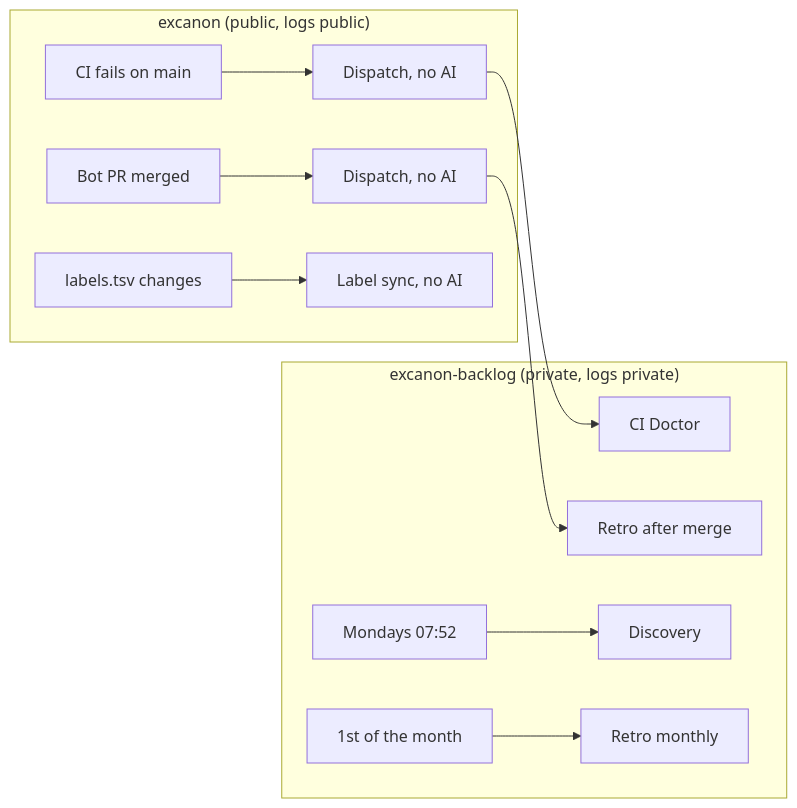
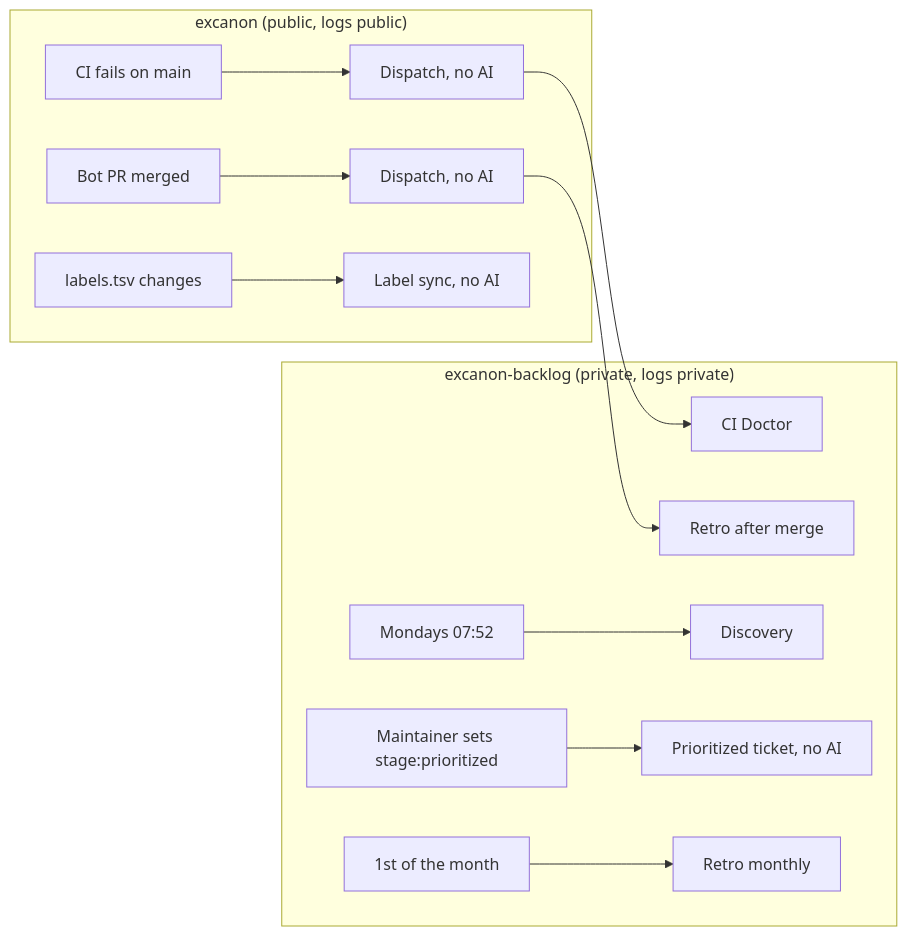
Before and after one commit to jmalovera10/excanon: the diagram in .agents/automation.md, drawn with Mermaid. The commit also changed other lines of this file, not shown here.

Commit message:
docs: describe the prioritized-ticket workflow (#25)
Claude-Session: https://claude.ai/code/session_01Nex4mjqBABw97B1DS23vkR

````diff
--- a/.agents/automation.md
+++ b/.agents/automation.md
@@ -9,14 +9,15 @@
 ```mermaid
 flowchart LR
   subgraph PUB["excanon (public, logs public)"]
     CI[CI fails on main] --> D1[Dispatch, no AI]
     MER[Bot PR merged] --> D2[Dispatch, no AI]
     LBL[labels.tsv changes] --> LS[Label sync, no AI]
   end
   subgraph PRIV["excanon-backlog (private, logs private)"]
     D1 --> CD[CI Doctor]
     D2 --> RE[Retro after merge]
     SCH[Mondays 07:52] --> DI[Discovery]
+    PRI[Maintainer sets stage:prioritized] --> PT[Prioritized ticket, no AI]
     MON[1st of the month] --> RM[Retro monthly]
   end
 ```
````
